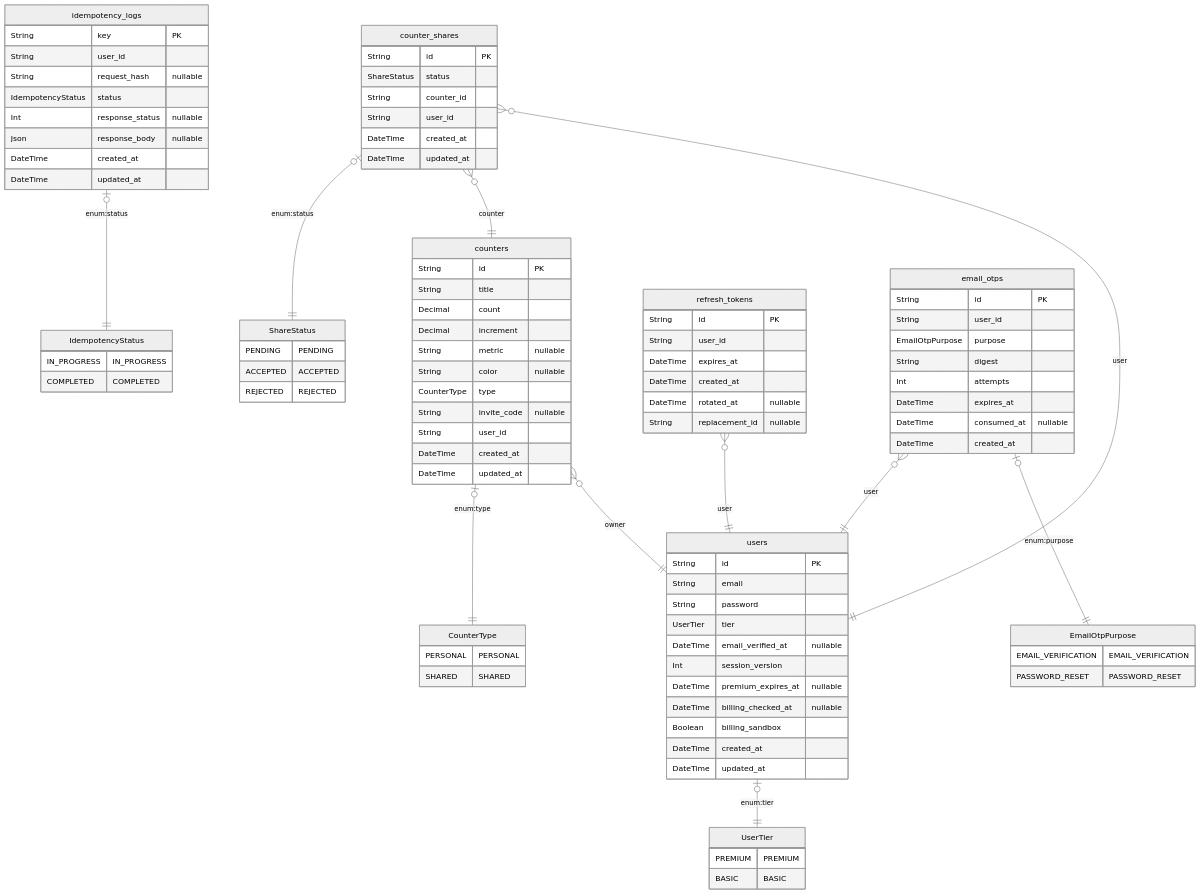
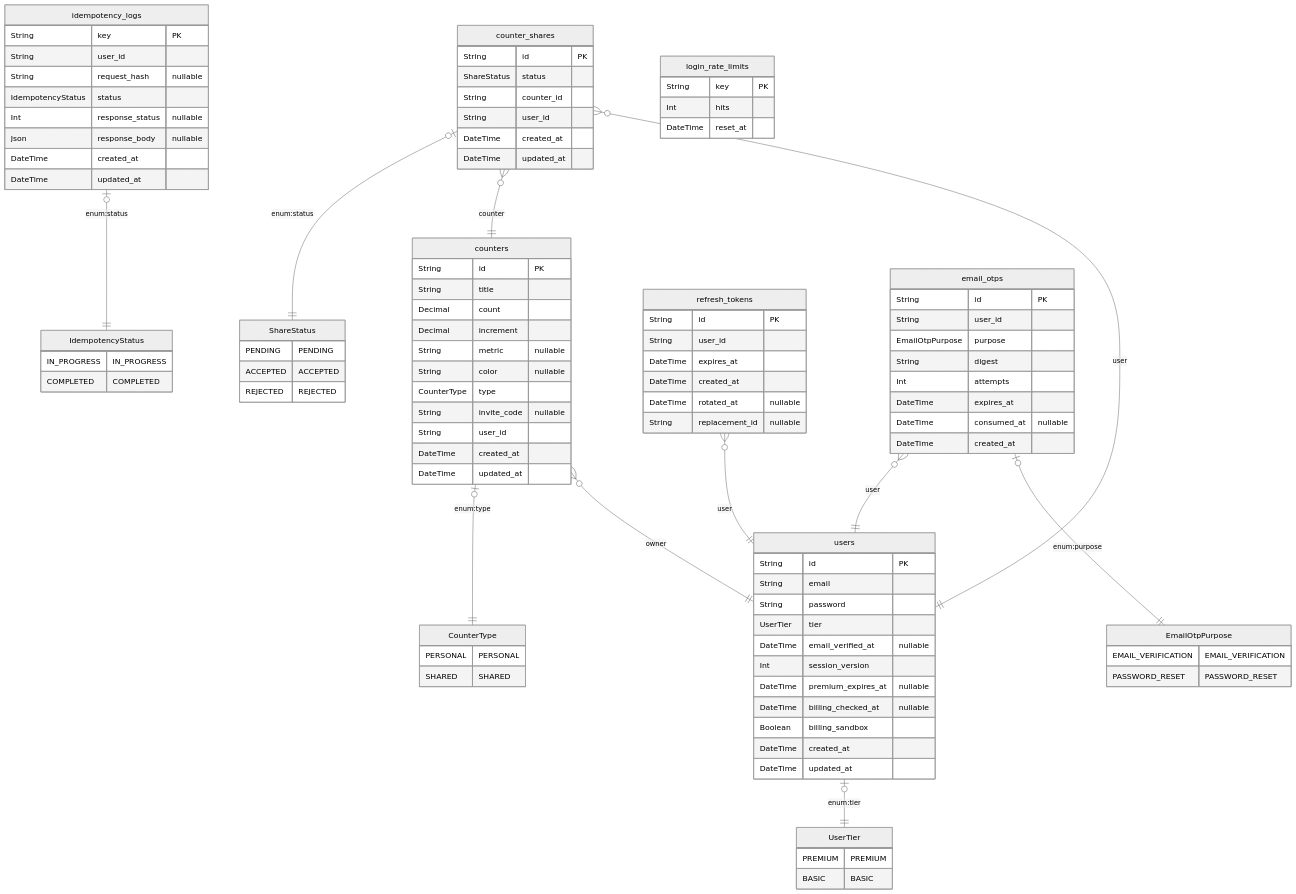
One commit to michaelgreenl/tally-tracker changed the diagram in docs/diagrams/architecture/ERD.md. Above: the diagram before and after it, drawn with Mermaid (neutral theme). The commit also changed 20 other files, not shown here.

Commit message:
fix(auth): harden passwords and persist login attempt limits

```diff
--- a/docs/diagrams/architecture/ERD.md
+++ b/docs/diagrams/architecture/ERD.md
@@ -92,6 +92,12 @@
     DateTime created_at
     }
 
+  "login_rate_limits" {
+    String key "PK"
+    Int hits
+    DateTime reset_at
+    }
+
   "users" {
     String id "PK"
     String email 
```
